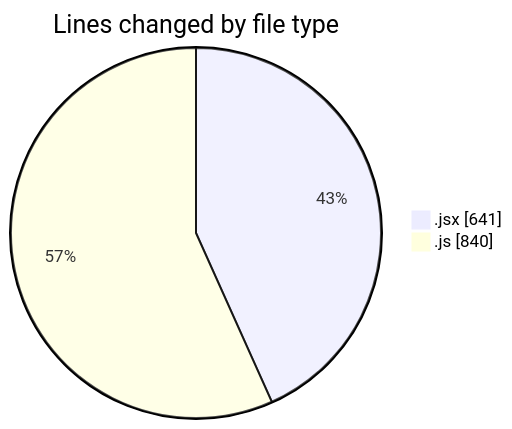
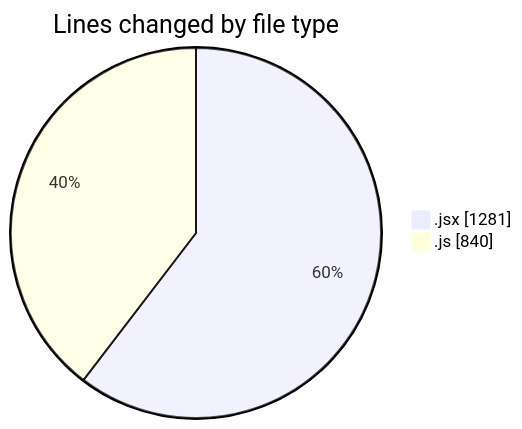
Before and after one commit to nxtqubesakshisongat/code-tracking: the first of 2 diagrams in 2025-06-28/argos/README.md, drawn with Mermaid. The commit also changed other lines of this file and 1 other file, not shown here.

````diff
--- a/2025-06-28/argos/README.md
+++ b/2025-06-28/argos/README.md
@@ -24,6 +24,6 @@
 ```mermaid
 pie showData
 title Lines changed by file type
-".jsx" : 641
+".jsx" : 1281
 ".js" : 840
 ```
````
